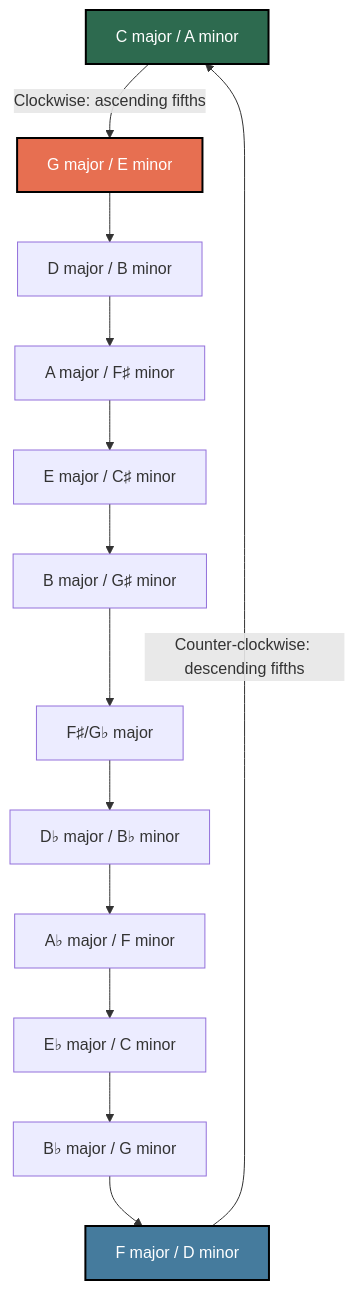
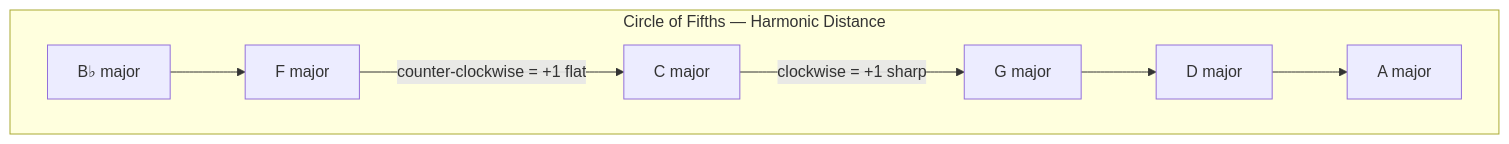
The fourth of 5 diagrams in topics/arts/composition/songwriting/lesson_04_harmonic_progressions.md (blebleblee/synapse), drawn with Mermaid before and after one commit. The commit also changed other lines of this file and 4 other files, not shown here.

````diff
--- a/topics/arts/composition/songwriting/lesson_04_harmonic_progressions.md
+++ b/topics/arts/composition/songwriting/lesson_04_harmonic_progressions.md
@@ -257,32 +135,10 @@
 ```mermaid
 graph TD
-    C["C major / A minor"]
-    G["G major / E minor"]
-    D["D major / B minor"]
-    A["A major / F♯ minor"]
-    E["E major / C♯ minor"]
-    B["B major / G♯ minor"]
-    Fs["F♯/G♭ major"]
-    Db["D♭ major / B♭ minor"]
-    Ab["A♭ major / F minor"]
-    Eb["E♭ major / C minor"]
-    Bb["B♭ major / G minor"]
-    F["F major / D minor"]
-
-    C -->|"Clockwise: ascending fifths"| G
-    G --> D
-    D --> A
-    A --> E
-    E --> B
-    B --> Fs
-    Fs --> Db
-    Db --> Ab
-    Ab --> Eb
-    Eb --> Bb
-    Bb --> F
-    F -->|"Counter-clockwise: descending fifths"| C
-
-    style C fill:#2d6a4f,stroke:#000,stroke-width:2px,color:#fff
-    style G fill:#e76f51,stroke:#000,stroke-width:2px,color:#fff
-    style F fill:#457b9d,stroke:#000,stroke-width:2px,color:#fff
+    subgraph circle ["Circle of Fifths — Harmonic Distance"]
+    C["C major"] -->|"clockwise = +1 sharp"| G["G major"]
+    G --> D["D major"]
+    D --> A["A major"]
+    F["F major"] -->|"counter-clockwise = +1 flat"| C
+    Bb["B♭ major"] --> F
+    end
 ```
````
